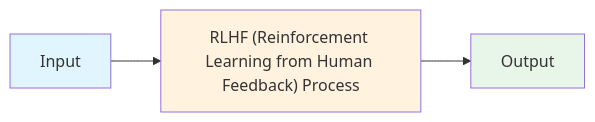
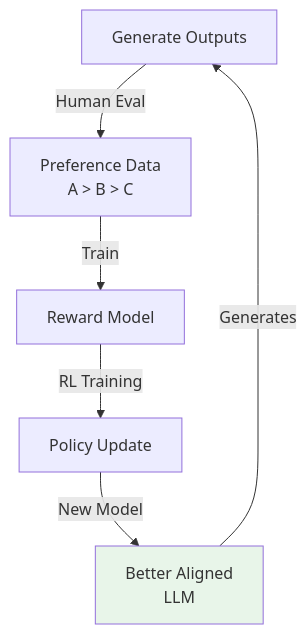
The first of 2 diagrams in llm/concepts/rlhf.md (souradeepta/interviewprep-ai), drawn with Mermaid before and after one commit. The commit also changed other lines of this file and 33 other files, not shown here.

````diff
--- a/llm/concepts/rlhf.md
+++ b/llm/concepts/rlhf.md
@@ -97,9 +97,9 @@
 ```mermaid
-graph LR
-    A["Input"] --> B["RLHF (Reinforcement Learning from Human Feedback) Process"]
-    B --> C["Output"]
-
-    style A fill:#e1f5ff
-    style B fill:#fff3e0
-    style C fill:#e8f5e9
+graph TD
+    A["Generate Outputs"] -->|Human Eval| B["Preference Data<br/>A > B > C"]
+    B -->|Train| C["Reward Model"]
+    C -->|RL Training| D["Policy Update"]
+    D -->|New Model| E["Better Aligned<br/>LLM"]
+    E -->|Generates| A
+    style E fill:#e8f5e9
 ```
````
